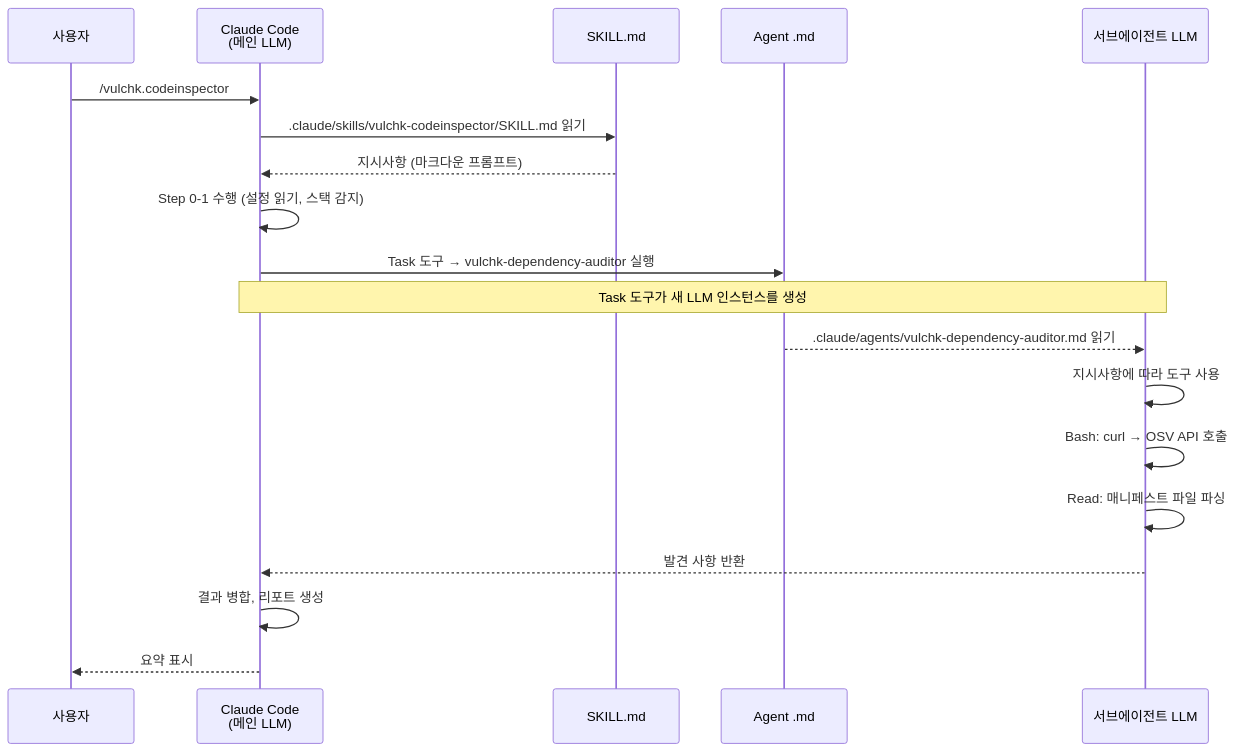
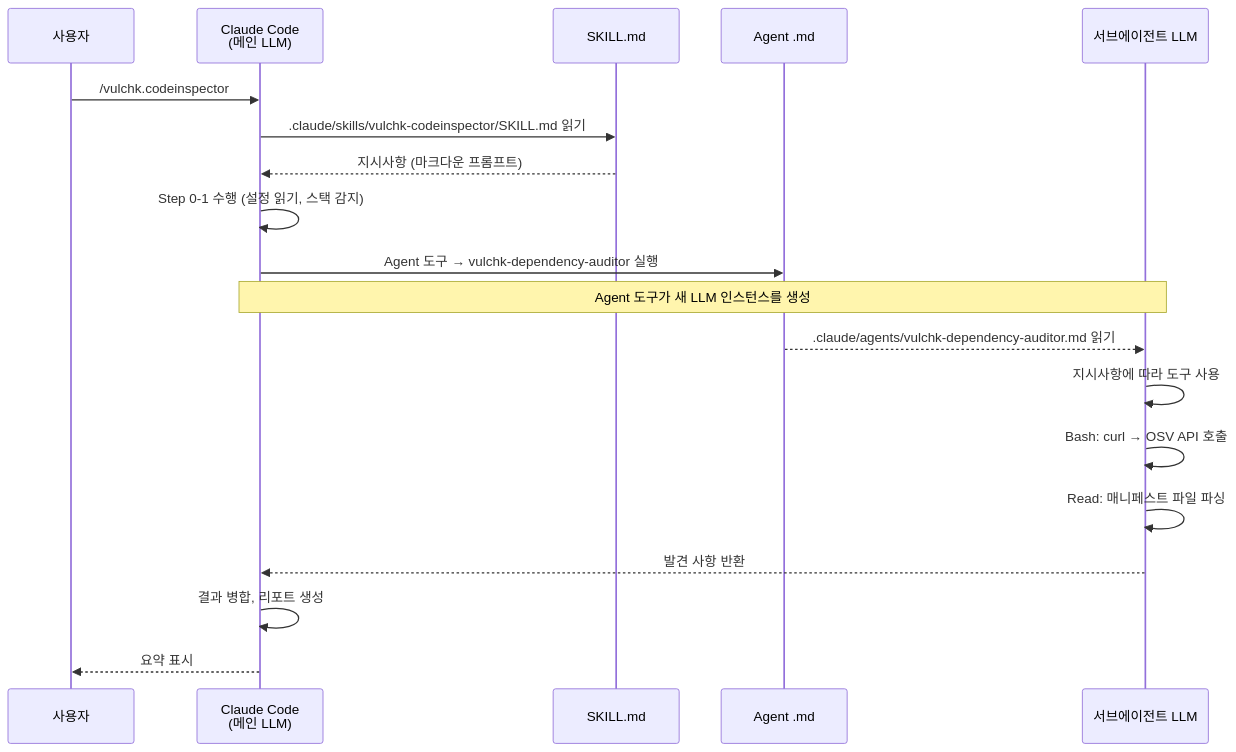
One commit to letsur-dev/vulcheck changed the first of 3 diagrams in design/architecture.md. Above: the diagram before and after it, drawn with Mermaid. The commit also changed other lines of this file and 14 other files, not shown here.

````diff
--- a/design/architecture.md
+++ b/design/architecture.md
@@ -50,22 +50,22 @@
 ```mermaid
 sequenceDiagram
     participant 사용자
     participant CC as Claude Code<br>(메인 LLM)
     participant Skill as SKILL.md
     participant Agent as Agent .md
     participant Sub as 서브에이전트 LLM
 
     사용자->>CC: /vulchk.codeinspector
     CC->>Skill: .claude/skills/vulchk-codeinspector/SKILL.md 읽기
     Skill-->>CC: 지시사항 (마크다운 프롬프트)
     CC->>CC: Step 0-1 수행 (설정 읽기, 스택 감지)
-    CC->>Agent: Task 도구 → vulchk-dependency-auditor 실행
-    Note over CC,Sub: Task 도구가 새 LLM 인스턴스를 생성
+    CC->>Agent: Agent 도구 → vulchk-dependency-auditor 실행
+    Note over CC,Sub: Agent 도구가 새 LLM 인스턴스를 생성
     Agent-->>Sub: .claude/agents/vulchk-dependency-auditor.md 읽기
     Sub->>Sub: 지시사항에 따라 도구 사용
     Sub->>Sub: Bash: curl → OSV API 호출
     Sub->>Sub: Read: 매니페스트 파일 파싱
     Sub-->>CC: 발견 사항 반환
     CC->>CC: 결과 병합, 리포트 생성
     CC-->>사용자: 요약 표시
 ```
````
